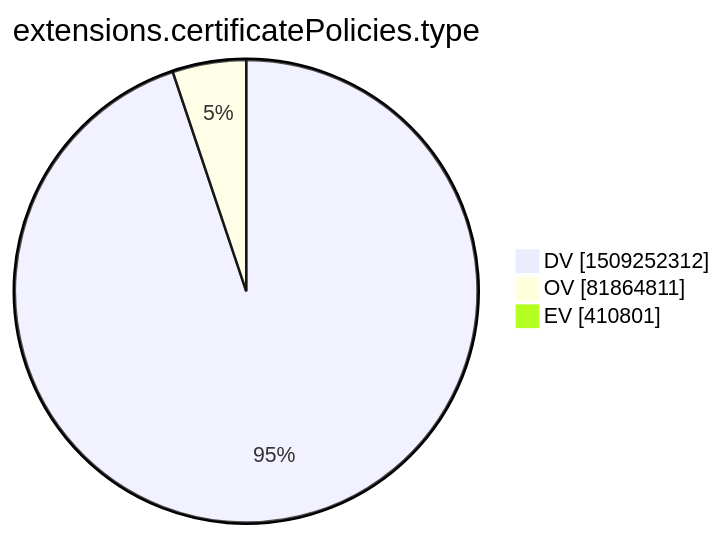
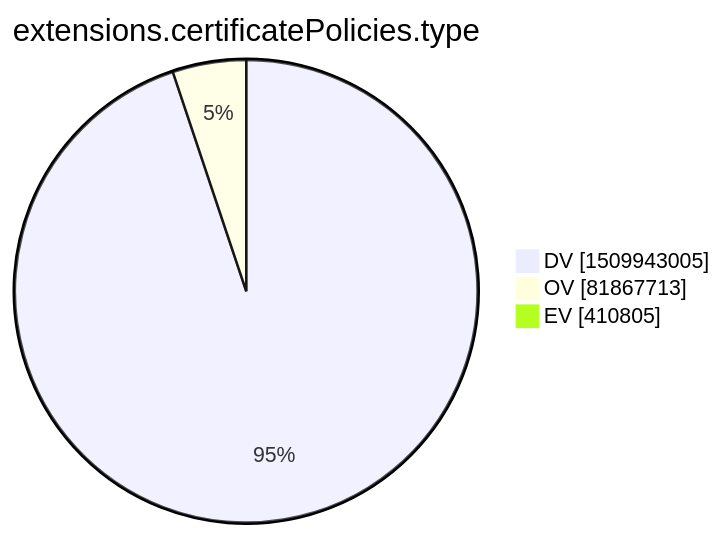
One commit to christiankrug/ctmonitor_visualization changed the tenth of 15 diagrams in xenon2022/README.md. Above: the diagram before and after it, drawn with Mermaid. The commit also changed other lines of this file, not shown here.

````diff
--- a/xenon2022/README.md
+++ b/xenon2022/README.md
@@ -2875,7 +2875,7 @@
 ```mermaid
 pie showData
 title extensions.certificatePolicies.type
-"DV" :1509252312
-"OV" :81864811
-"EV" :410801
+"DV" :1509943005
+"OV" :81867713
+"EV" :410805
 ```
````
